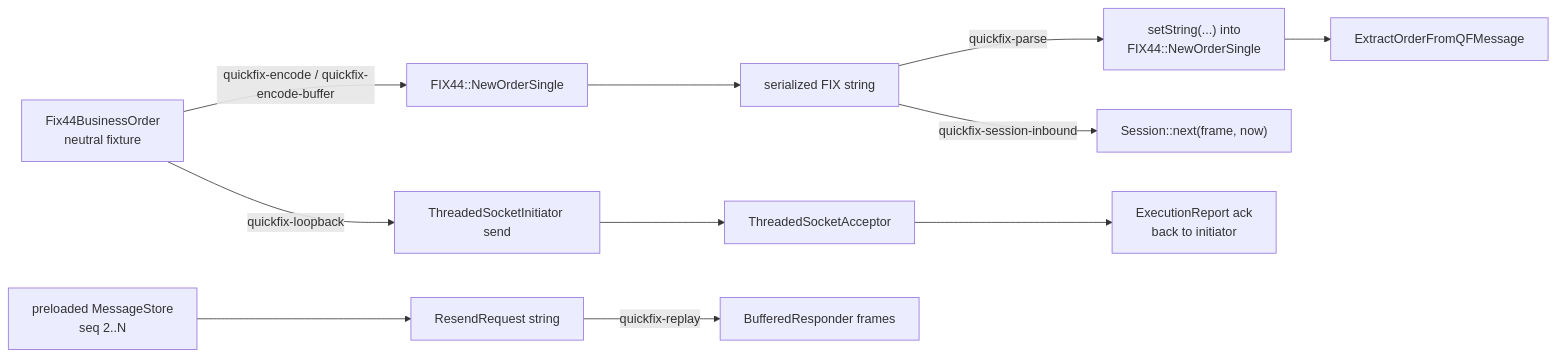
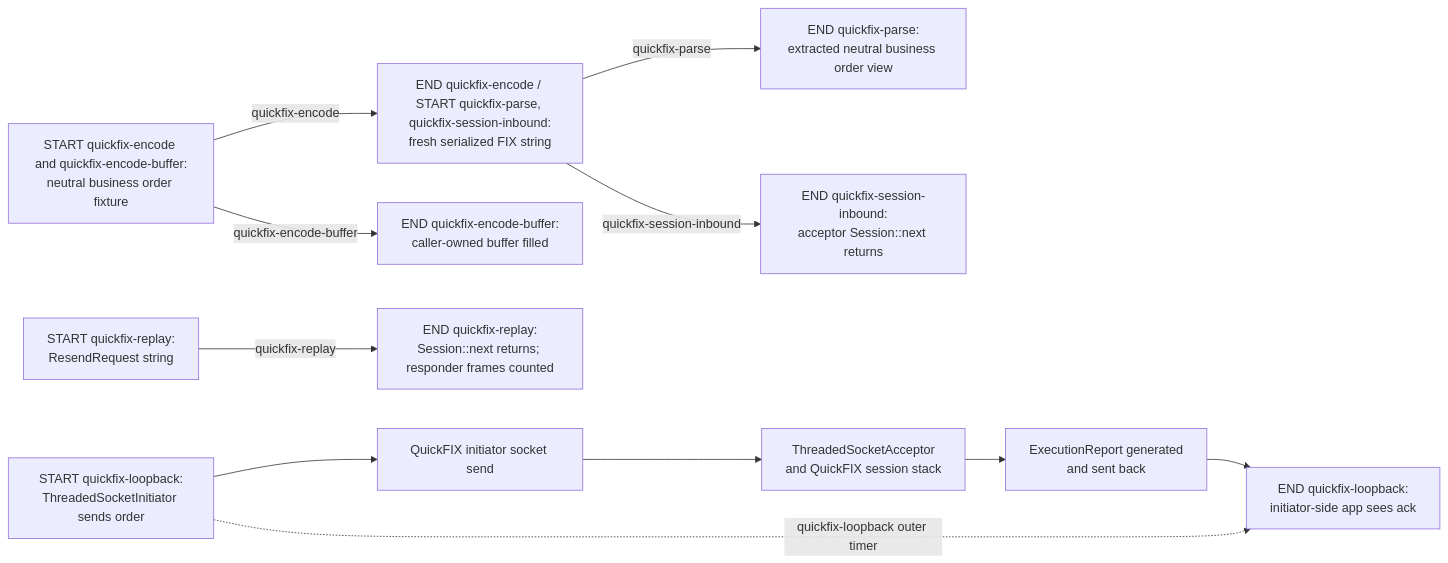
Before and after one commit to yhwwwwww/fastfix: the second of 3 diagrams in bench/README.md, drawn with Mermaid. The commit also changed other lines of this file, not shown here.

Commit message:
docs: clarify benchmark flow diagrams

````diff
--- a/bench/README.md
+++ b/bench/README.md
@@ -74,10 +76,11 @@
 ```mermaid
 flowchart LR
-	A["Fix44BusinessOrder<br/>neutral fixture"] -->|quickfix-encode / quickfix-encode-buffer| B["FIX44::NewOrderSingle"]
-	B --> C["serialized FIX string"]
-	C -->|quickfix-parse| D["setString(...) into<br/>FIX44::NewOrderSingle"] --> E["ExtractOrderFromQFMessage"]
-	C -->|quickfix-session-inbound| F["Session::next(frame, now)"]
-	G["preloaded MessageStore<br/>seq 2..N"] --> H["ResendRequest string"]
-	H -->|quickfix-replay| I["BufferedResponder frames"]
-	A -->|quickfix-loopback| J["ThreadedSocketInitiator send"] --> K["ThreadedSocketAcceptor"] --> L["ExecutionReport ack<br/>back to initiator"]
+	BO["START quickfix-encode and quickfix-encode-buffer:<br/>neutral business order fixture"] -->|quickfix-encode| QS["END quickfix-encode / START quickfix-parse, quickfix-session-inbound:<br/>fresh serialized FIX string"]
+	BO -->|quickfix-encode-buffer| QB["END quickfix-encode-buffer:<br/>caller-owned buffer filled"]
+	QS -->|quickfix-parse| QP["END quickfix-parse:<br/>extracted neutral business order view"]
+	QS -->|quickfix-session-inbound| QI["END quickfix-session-inbound:<br/>acceptor Session::next returns"]
+	QRR["START quickfix-replay:<br/>ResendRequest string"] -->|quickfix-replay| QR["END quickfix-replay:<br/>Session::next returns; responder frames counted"]
+
+	QLS["START quickfix-loopback:<br/>ThreadedSocketInitiator sends order"] --> QTX["QuickFIX initiator socket send"] --> QAC["ThreadedSocketAcceptor<br/>and QuickFIX session stack"] --> QACK["ExecutionReport generated<br/>and sent back"] --> QLE["END quickfix-loopback:<br/>initiator-side app sees ack"]
+	QLS -.->|quickfix-loopback outer timer| QLE
 ```
````
